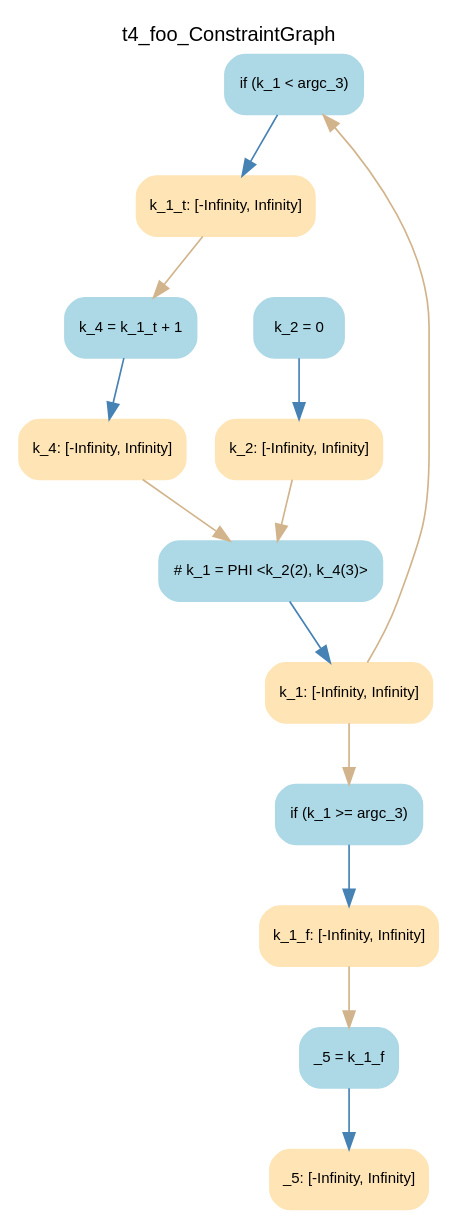
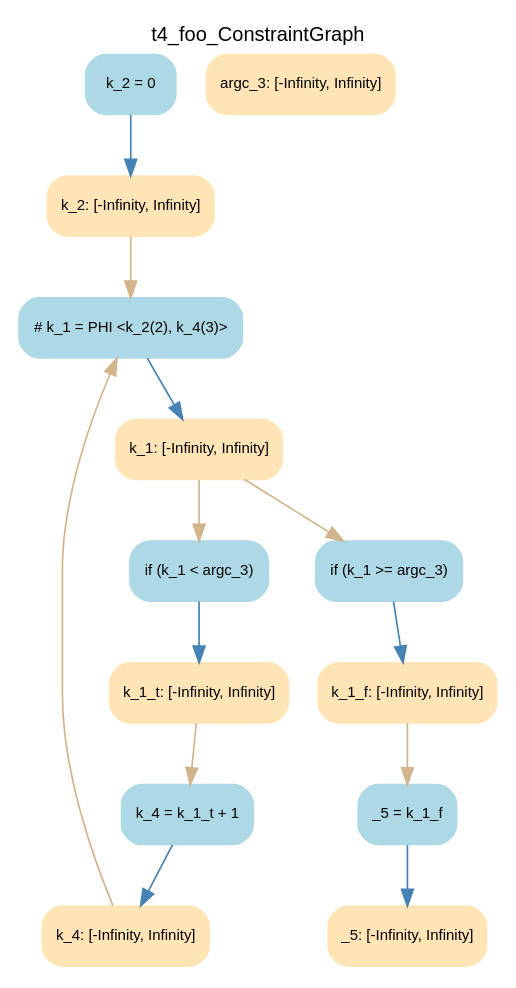
One commit to DeleteMemoryyy/RangeAnalysis changed the diagram in dot/t4_foo_ConstraintGraph.dot. Above: the diagram before and after it, drawn with Graphviz. The commit also changed 76 other files, not shown here.

```diff
--- a/dot/t4_foo_ConstraintGraph.dot
+++ b/dot/t4_foo_ConstraintGraph.dot
@@ -1,35 +1,36 @@
 digraph t4_foo_ConstraintGraph { 
 	label=t4_foo_ConstraintGraph
 	center=true
 	labelloc=top
 	fontname=Arial
 	fontsize=12
 	edge[fontname=Arial, fontsize=10]
 	node[fontname=Arial, fontsize=9]
 
 		Node_0 -> Node_1 [color=steelblue]
 		Node_2 -> Node_3 [color=steelblue]
 		Node_4 -> Node_5 [color=steelblue]
 		Node_6 -> Node_7 [color=steelblue]
 		Node_8 -> Node_9 [color=steelblue]
 		Node_10 -> Node_11 [color=steelblue]
-		Node_9 -> Node_0 [color=tan]
+		Node_9 -> Node_6 [color=tan]
 		Node_9 -> Node_10 [color=tan]
-		Node_1 -> Node_2 [color=tan]
-		Node_11 -> Node_6 [color=tan]
 		Node_3 -> Node_8 [color=tan]
-		Node_5 -> Node_8 [color=tan]
+		Node_7 -> Node_4 [color=tan]
+		Node_11 -> Node_2 [color=tan]
+		Node_1 -> Node_8 [color=tan]
 
-	Node_0 [fillcolor=lightblue, color=lightblue, shape=Mrecord, style=filled, label="{ if (k_1 \< argc_3) }"]
+	Node_0 [fillcolor=lightblue, color=lightblue, shape=Mrecord, style=filled, label="{ k_2 = 0 }"]
 	Node_2 [fillcolor=lightblue, color=lightblue, shape=Mrecord, style=filled, label="{ k_4 = k_1_t + 1 }"]
-	Node_4 [fillcolor=lightblue, color=lightblue, shape=Mrecord, style=filled, label="{ k_2 = 0 }"]
-	Node_6 [fillcolor=lightblue, color=lightblue, shape=Mrecord, style=filled, label="{ _5 = k_1_f }"]
+	Node_4 [fillcolor=lightblue, color=lightblue, shape=Mrecord, style=filled, label="{ _5 = k_1_f }"]
+	Node_6 [fillcolor=lightblue, color=lightblue, shape=Mrecord, style=filled, label="{ if (k_1 \>= argc_3) }"]
 	Node_8 [fillcolor=lightblue, color=lightblue, shape=Mrecord, style=filled, label="{ # k_1 = PHI \<k_2(2), k_4(3)\> }"]
-	Node_10 [fillcolor=lightblue, color=lightblue, shape=Mrecord, style=filled, label="{ if (k_1 \>= argc_3) }"]
+	Node_10 [fillcolor=lightblue, color=lightblue, shape=Mrecord, style=filled, label="{ if (k_1 \< argc_3) }"]
 	Node_9 [fillcolor=moccasin, color=moccasin, shape=Mrecord, style=filled, label="{ k_1: \[-Infinity, Infinity\] }"]
-	Node_7 [fillcolor=moccasin, color=moccasin, shape=Mrecord, style=filled, label="{ _5: \[-Infinity, Infinity\] }"]
-	Node_1 [fillcolor=moccasin, color=moccasin, shape=Mrecord, style=filled, label="{ k_1_t: \[-Infinity, Infinity\] }"]
-	Node_11 [fillcolor=moccasin, color=moccasin, shape=Mrecord, style=filled, label="{ k_1_f: \[-Infinity, Infinity\] }"]
 	Node_3 [fillcolor=moccasin, color=moccasin, shape=Mrecord, style=filled, label="{ k_4: \[-Infinity, Infinity\] }"]
-	Node_5 [fillcolor=moccasin, color=moccasin, shape=Mrecord, style=filled, label="{ k_2: \[-Infinity, Infinity\] }"]
+	Node_7 [fillcolor=moccasin, color=moccasin, shape=Mrecord, style=filled, label="{ k_1_f: \[-Infinity, Infinity\] }"]
+	Node_11 [fillcolor=moccasin, color=moccasin, shape=Mrecord, style=filled, label="{ k_1_t: \[-Infinity, Infinity\] }"]
+	Node_5 [fillcolor=moccasin, color=moccasin, shape=Mrecord, style=filled, label="{ _5: \[-Infinity, Infinity\] }"]
+	Node_1 [fillcolor=moccasin, color=moccasin, shape=Mrecord, style=filled, label="{ k_2: \[-Infinity, Infinity\] }"]
+	Node_12 [fillcolor=moccasin, color=moccasin, shape=Mrecord, style=filled, label="{ argc_3: \[-Infinity, Infinity\] }"]
 }
```
